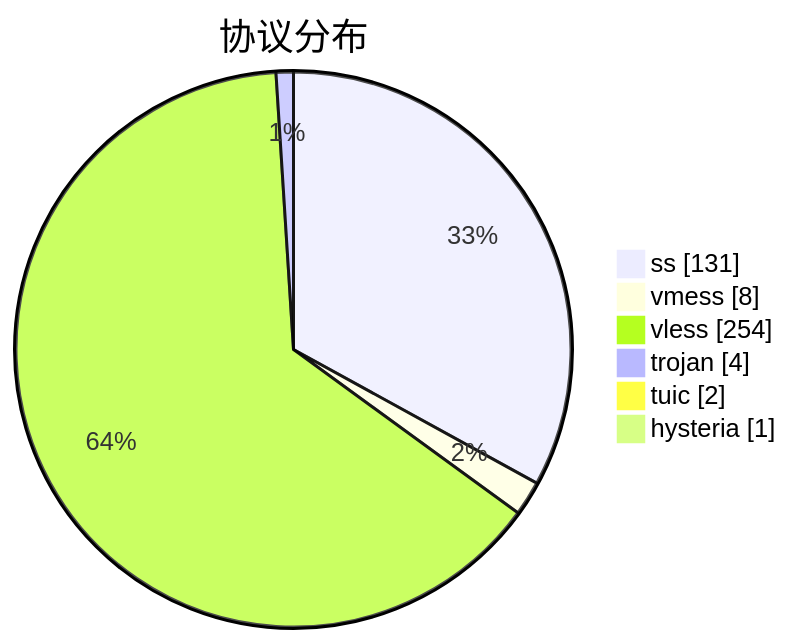
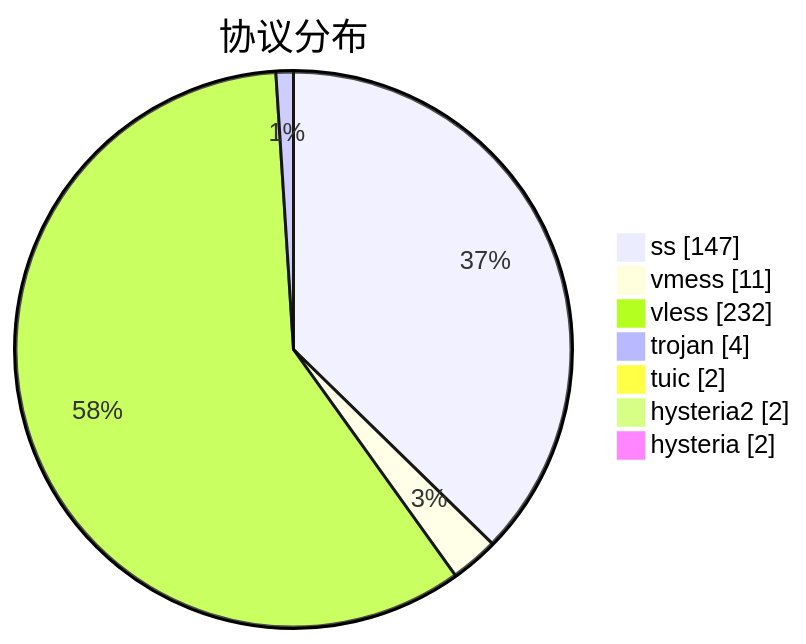
Before and after one commit to qjlxg/airport: the third of 3 diagrams in subs/statistics/tested_within.md, drawn with Mermaid. The commit also changed other lines of this file and 2 other files, not shown here.

````diff
--- a/subs/statistics/tested_within.md
+++ b/subs/statistics/tested_within.md
@@ -30,10 +31,11 @@
 ```mermaid
 pie showData
 title 协议分布
-"ss" : 131
-"vmess" : 8
-"vless" : 254
+"ss" : 147
+"vmess" : 11
+"vless" : 232
 "trojan" : 4
 "tuic" : 2
-"hysteria" : 1
+"hysteria2" : 2
+"hysteria" : 2
 ```
````
